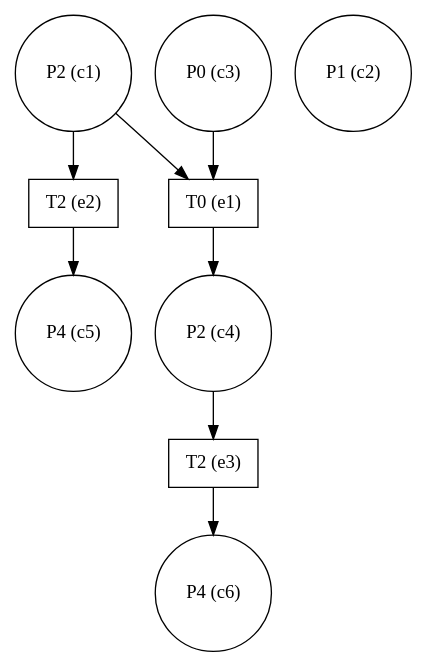
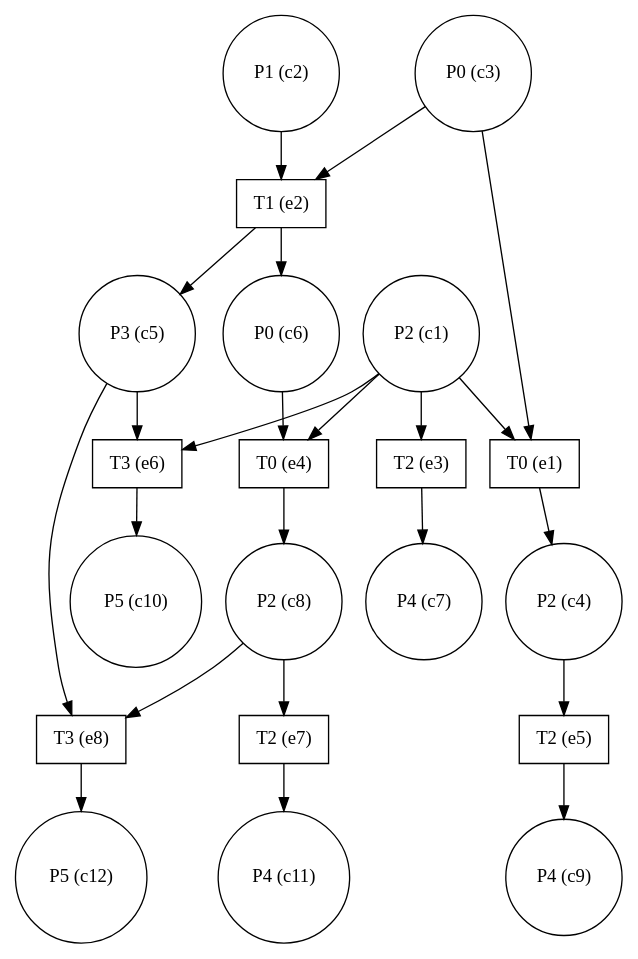
One commit to giannkas/ecofolder changed the diagram in small_eg.dot. Above: the diagram before and after it, drawn with Graphviz. The commit also changed 18 other files, not shown here.

```diff
--- a/small_eg.dot
+++ b/small_eg.dot
@@ -1,18 +1,44 @@
 digraph test {
-  c1 -> e2;
+  c1 -> e6;
+  c1 -> e4;
+  c1 -> e3;
   c1 -> e1;
+  c2 -> e2;
+  c3 -> e2;
   c3 -> e1;
   e1 -> c4;
-  c4 -> e3;
+  c4 -> e5;
   e2 -> c5;
-  e3 -> c6;
+  c5 -> e8;
+  c5 -> e6;
+  e2 -> c6;
+  c6 -> e4;
+  e3 -> c7;
+  e4 -> c8;
+  c8 -> e8;
+  c8 -> e7;
+  e5 -> c9;
+  e6 -> c10;
+  e7 -> c11;
+  e8 -> c12;
   c1 [label="P2 (c1)" shape=circle];
   c2 [label="P1 (c2)" shape=circle];
   c3 [label="P0 (c3)" shape=circle];
   c4 [label="P2 (c4)" shape=circle];
-  c5 [label="P4 (c5)" shape=circle];
-  c6 [label="P4 (c6)" shape=circle];
+  c5 [label="P3 (c5)" shape=circle];
+  c6 [label="P0 (c6)" shape=circle];
+  c7 [label="P4 (c7)" shape=circle];
+  c8 [label="P2 (c8)" shape=circle];
+  c9 [label="P4 (c9)" shape=circle];
+  c10 [label="P5 (c10)" shape=circle];
+  c11 [label="P4 (c11)" shape=circle];
+  c12 [label="P5 (c12)" shape=circle];
   e1 [label="T0 (e1)" shape=box];
-  e2 [label="T2 (e2)" shape=box];
+  e2 [label="T1 (e2)" shape=box];
   e3 [label="T2 (e3)" shape=box];
+  e4 [label="T0 (e4)" shape=box];
+  e5 [label="T2 (e5)" shape=box];
+  e6 [label="T3 (e6)" shape=box];
+  e7 [label="T2 (e7)" shape=box];
+  e8 [label="T3 (e8)" shape=box];
 }
```
